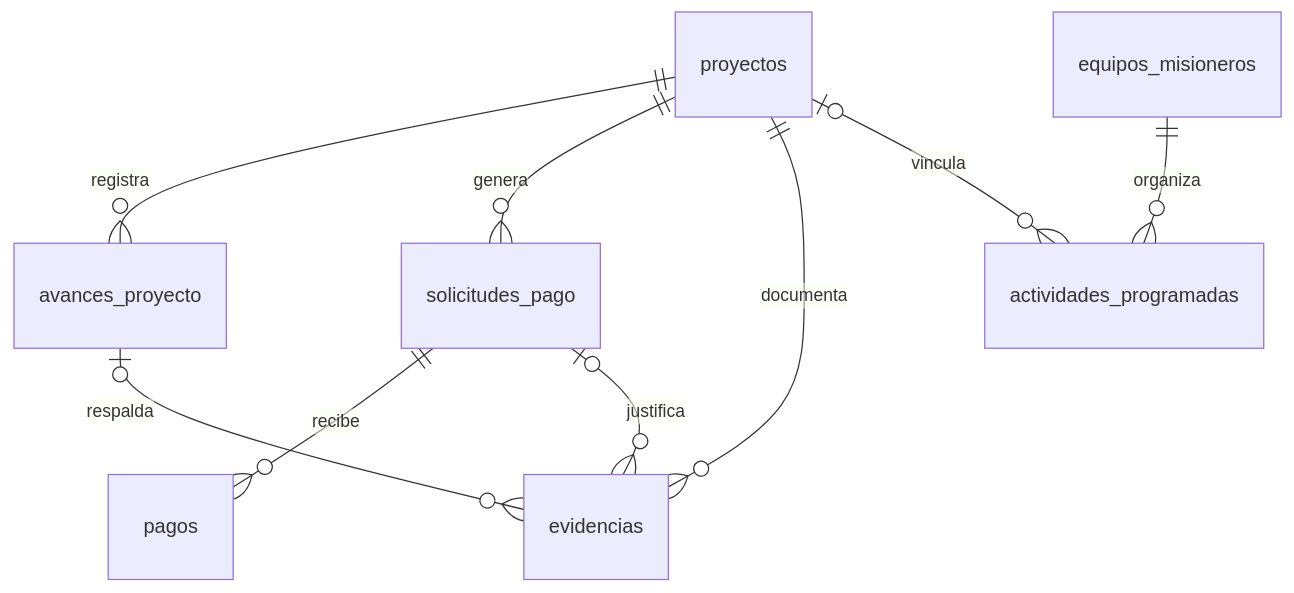
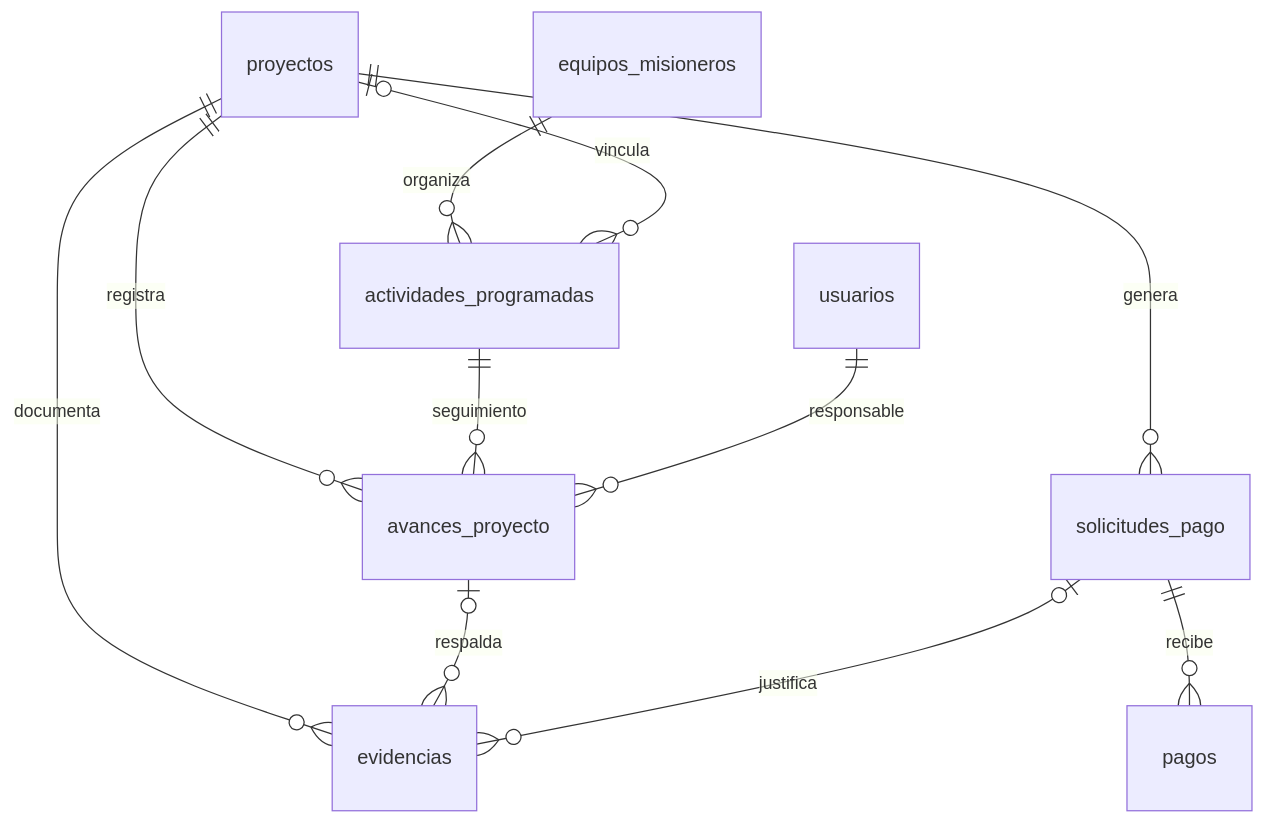
The second of 3 diagrams in docs/modelo-datos.md (leortiz41/semilla-gestion-comunitaria), drawn with Mermaid before and after one commit. The commit also changed other lines of this file and 15 other files, not shown here.

````diff
--- a/docs/modelo-datos.md
+++ b/docs/modelo-datos.md
@@ -37,11 +37,13 @@
 ```mermaid
 erDiagram
     proyectos ||--o{ avances_proyecto : registra
+    actividades_programadas ||--o{ avances_proyecto : seguimiento
+    usuarios ||--o{ avances_proyecto : responsable
     proyectos ||--o{ solicitudes_pago : genera
     solicitudes_pago ||--o{ pagos : recibe
     proyectos ||--o{ evidencias : documenta
     avances_proyecto o|--o{ evidencias : respalda
     solicitudes_pago o|--o{ evidencias : justifica
     equipos_misioneros ||--o{ actividades_programadas : organiza
     proyectos o|--o{ actividades_programadas : vincula
 ```
````
